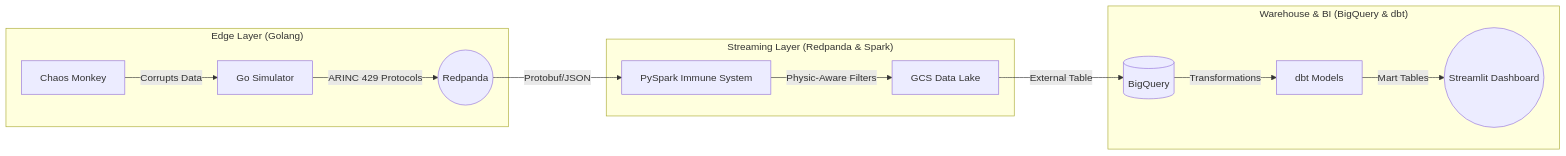
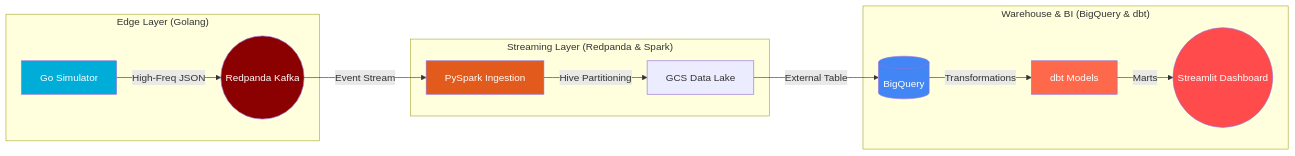
The diagram in README.md (burundu4ok2000/cmapss-agentic-factory), drawn with Mermaid before and after one commit. The commit also changed other lines of this file, not shown here.

````diff
--- a/README.md
+++ b/README.md
@@ -15,18 +20,24 @@
 ```mermaid
 graph LR
     subgraph "Edge Layer (Golang)"
-        G[Go Simulator] -- "ARINC 429 Protocols" --> K
-        CM[Chaos Monkey] -- "Corrupts Data" --> G
+        G[Go Simulator] -- "High-Freq JSON" --> K
     end
 
     subgraph "Streaming Layer (Redpanda & Spark)"
-        K((Redpanda)) -- "Protobuf/JSON" --> S[PySpark Immune System]
-        S -- "Physic-Aware Filters" --> D[GCS Data Lake]
+        K((Redpanda Kafka)) -- "Event Stream" --> S[PySpark Ingestion]
+        S -- "Hive Partitioning" --> D[GCS Data Lake]
     end
 
     subgraph "Warehouse & BI (BigQuery & dbt)"
         D -- "External Table" --> BQ[(BigQuery)]
         BQ -- "Transformations" --> DBT[dbt Models]
-        DBT -- "Mart Tables" --> ST((Streamlit Dashboard))
+        DBT -- "Marts" --> ST((Streamlit Dashboard))
     end
+
+    style G fill:#00ADD8,color:#fff
+    style K fill:#8b0000,color:#fff
+    style S fill:#E25A1C,color:#fff
+    style BQ fill:#4285F4,color:#fff
+    style DBT fill:#FF694B,color:#fff
+    style ST fill:#FF4B4B,color:#fff
 ```
````
